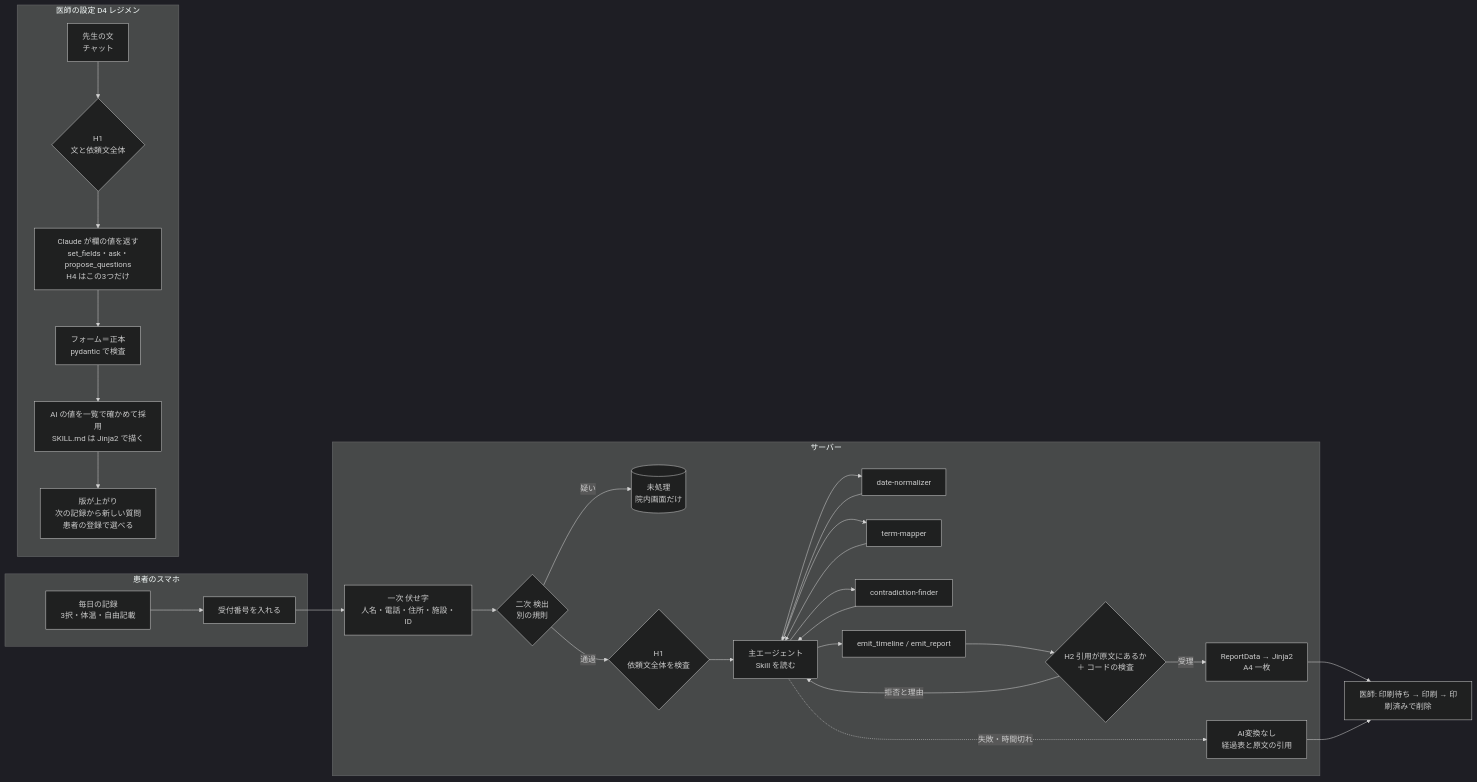
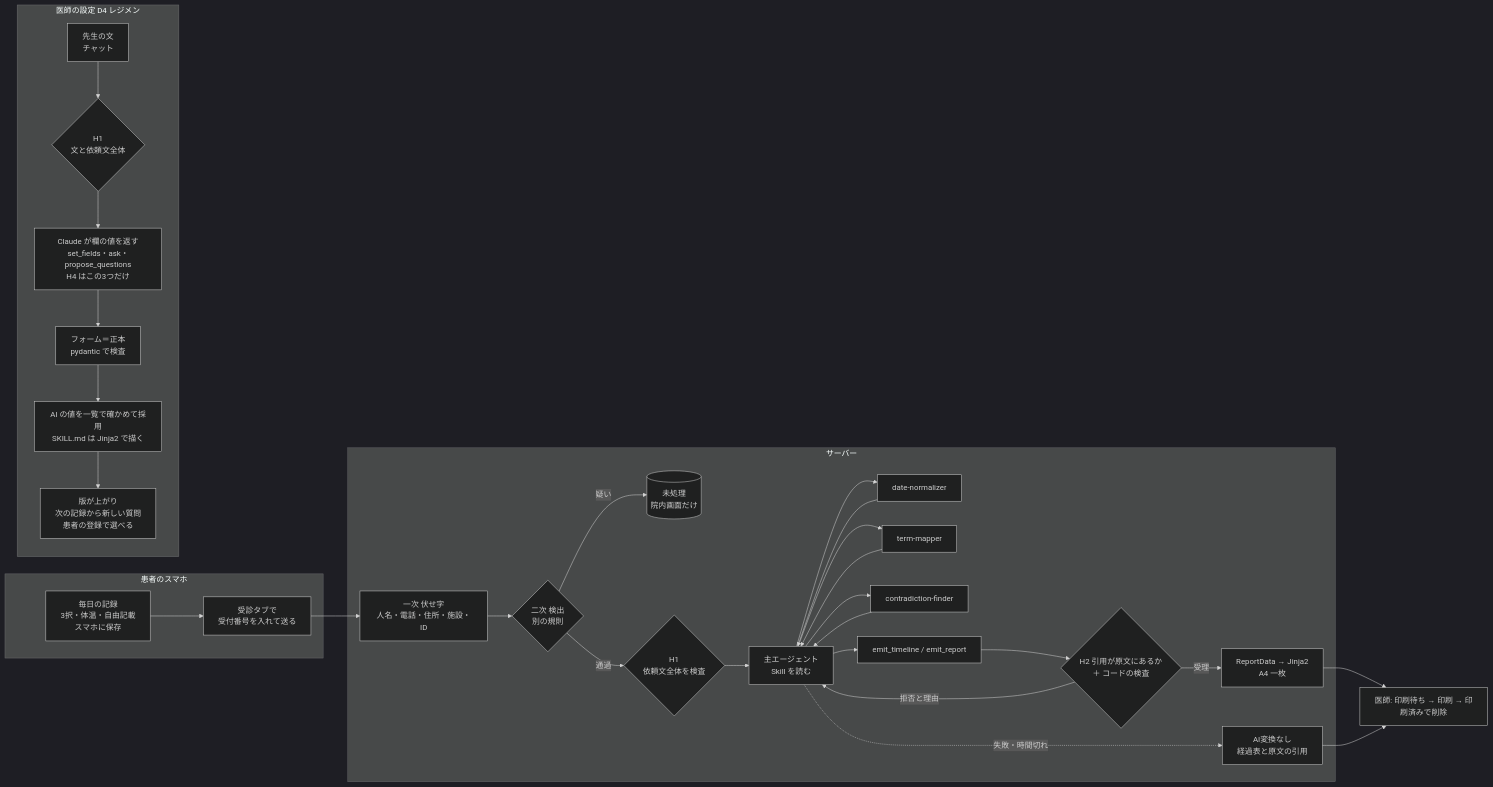
Before and after one commit to investorHawk/tsutae: the diagram in README.md, drawn with Mermaid (dark theme). The commit also changed other lines of this file and 18 other files, not shown here.

````diff
--- a/README.md
+++ b/README.md
@@ -49,31 +49,31 @@
 ```mermaid
 flowchart LR
   subgraph PT [患者のスマホ]
-    P1[毎日の記録<br/>3択・体温・自由記載] --> P3[受付番号を入れる]
+    P1[毎日の記録<br/>3択・体温・自由記載<br/>スマホに保存] --> P3[受診タブで<br/>受付番号を入れて送る]
   end
   subgraph SV [サーバー]
     M1[一次 伏せ字<br/>人名・電話・住所・施設・ID] --> M2{二次 検出<br/>別の規則}
     M2 -- 疑い --> D6[(未処理<br/>院内画面だけ)]
     M2 -- 通過 --> H1{H1<br/>依頼文全体を検査}
     H1 --> MAIN[主エージェント<br/>Skill を読む]
     MAIN --> A1[date-normalizer]
     MAIN --> A2[term-mapper]
     MAIN --> A3[contradiction-finder]
     A1 & A2 & A3 --> MAIN
     MAIN --> T1[emit_timeline / emit_report]
     T1 --> H2{H2 引用が原文にあるか<br/>＋ コードの検査}
     H2 -- 拒否と理由 --> MAIN
     H2 -- 受理 --> R[ReportData → Jinja2<br/>A4 一枚]
     MAIN -. 失敗・時間切れ .-> FB[AI変換なし<br/>経過表と原文の引用]
   end
   P3 --> M1
   R --> D3[医師: 印刷待ち → 印刷 → 印刷済みで削除]
   FB --> D3
   subgraph D4 [医師の設定 D4 レジメン]
     S1[先生の文<br/>チャット] --> S2{H1<br/>文と依頼文全体}
     S2 --> S3[Claude が欄の値を返す<br/>set_fields・ask・propose_questions<br/>H4 はこの3つだけ]
     S3 --> S4[フォーム＝正本<br/>pydantic で検査]
     S4 --> S5[AI の値を一覧で確かめて採用<br/>SKILL.md は Jinja2 で描く]
     S5 --> S6[版が上がり<br/>次の記録から新しい質問<br/>患者の登録で選べる]
   end
 ```
````
